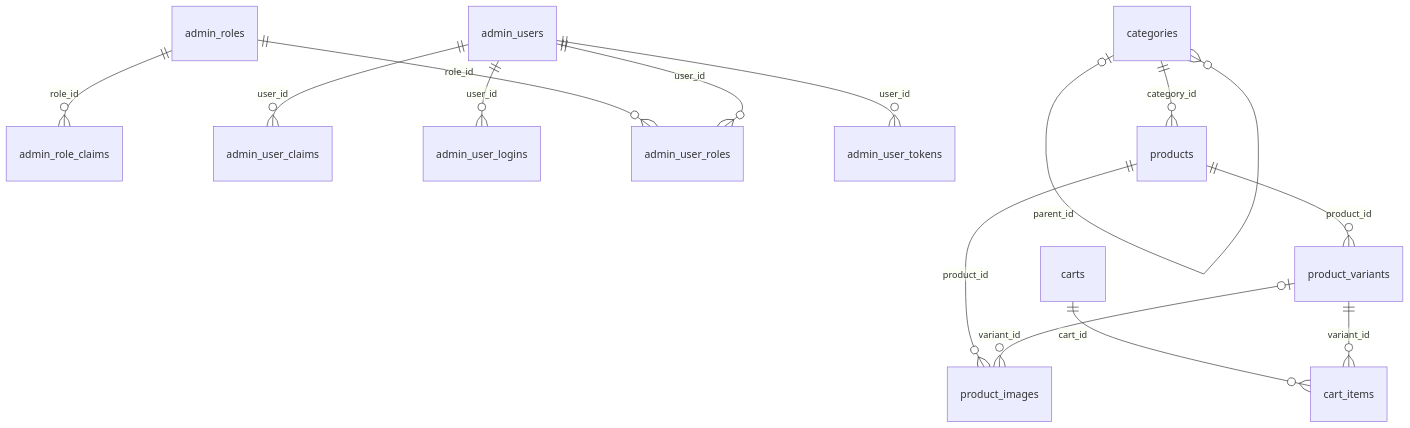
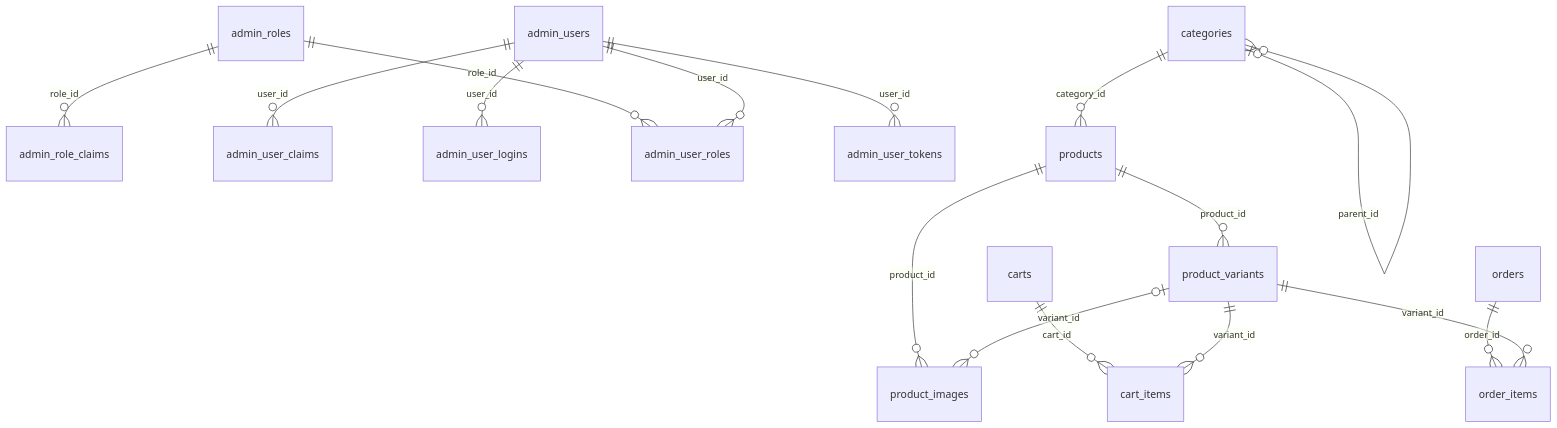
Before and after one commit to IvanSemov44/printko3d: the diagram in docs/database-schema.md, drawn with Mermaid. The commit also changed other lines of this file and 15 other files, not shown here.

First line of the commit message:
feat(orders): Order and OrderItem model with constraints and migration (task 23a) (#81)

````diff
--- a/docs/database-schema.md
+++ b/docs/database-schema.md
@@ -11,16 +11,18 @@
 ```mermaid
 erDiagram
     admin_roles ||--o{ admin_role_claims : "role_id"
     admin_users ||--o{ admin_user_claims : "user_id"
     admin_users ||--o{ admin_user_logins : "user_id"
     admin_roles ||--o{ admin_user_roles : "role_id"
     admin_users ||--o{ admin_user_roles : "user_id"
     admin_users ||--o{ admin_user_tokens : "user_id"
     carts ||--o{ cart_items : "cart_id"
     product_variants ||--o{ cart_items : "variant_id"
     categories |o--o{ categories : "parent_id"
+    orders ||--o{ order_items : "order_id"
+    product_variants ||--o{ order_items : "variant_id"
     products ||--o{ product_images : "product_id"
     product_variants |o--o{ product_images : "variant_id"
     products ||--o{ product_variants : "product_id"
     categories ||--o{ products : "category_id"
 ```
````
